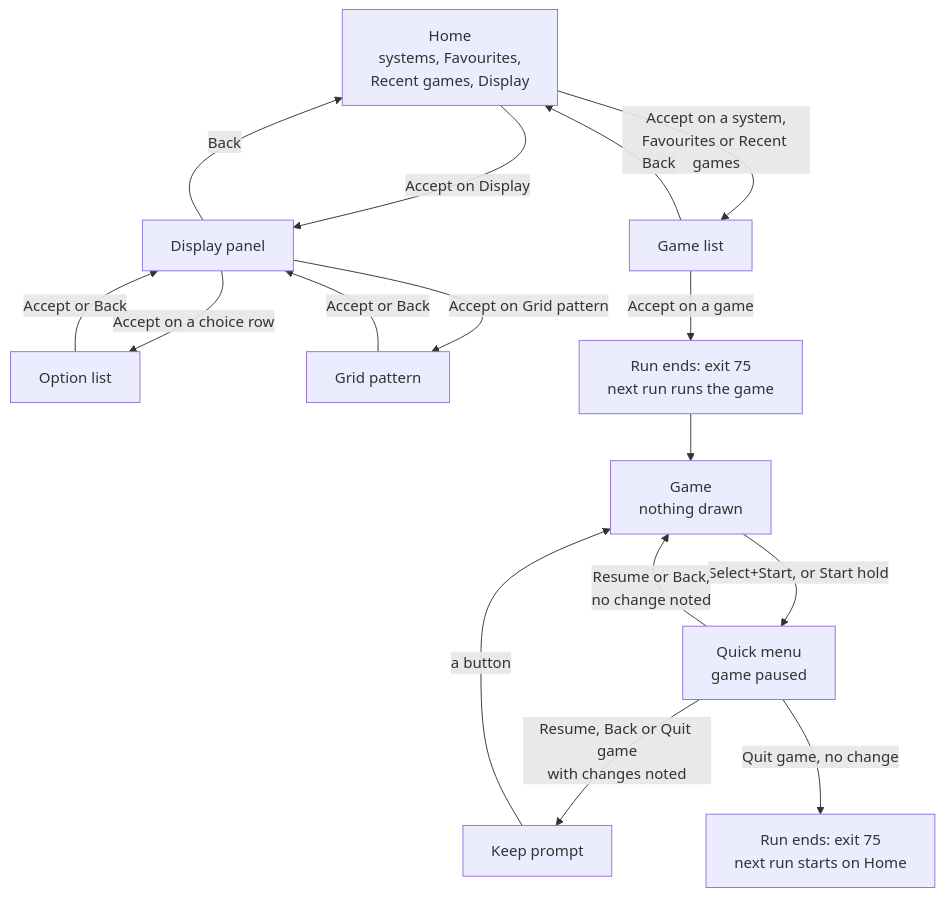
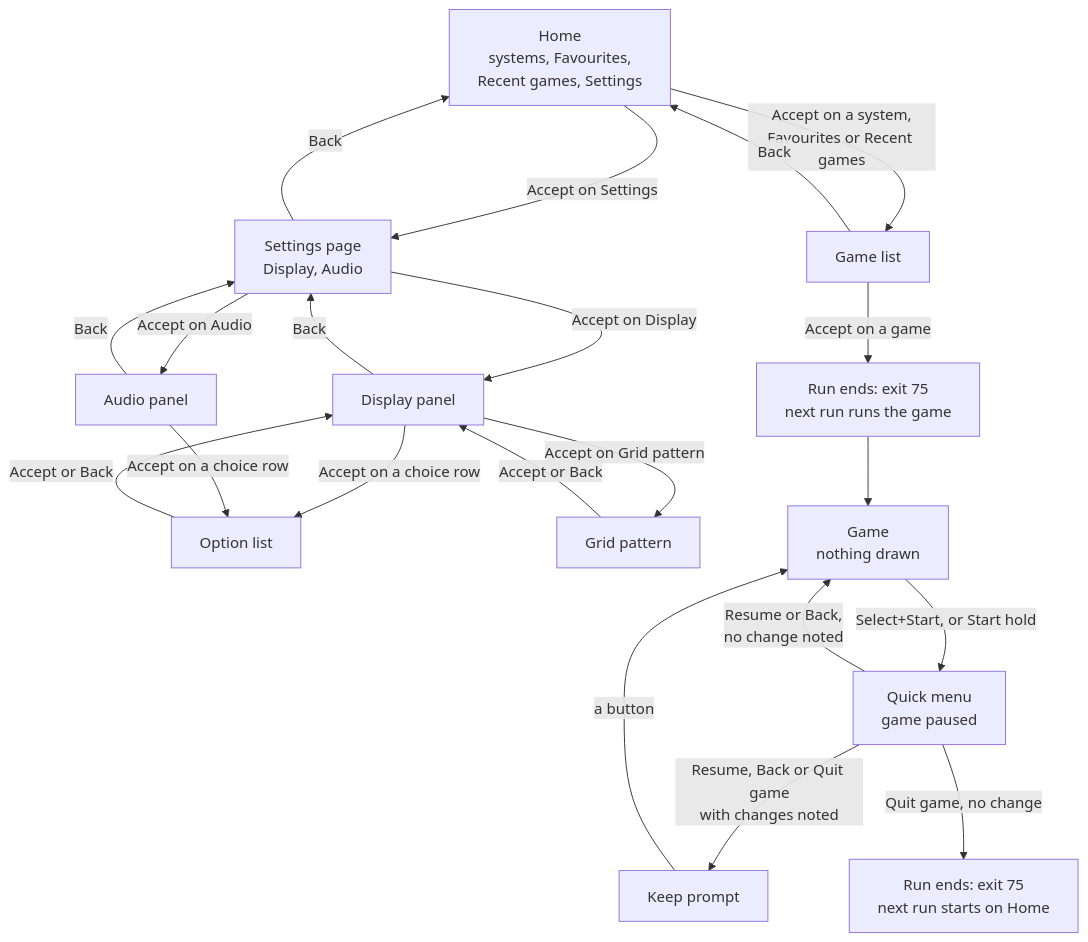
Before and after one commit to paologaleotti/neptron: the first of 5 diagrams in docs/flows/07-screens.md, drawn with Mermaid. The commit also changed other lines of this file and 2 other files, not shown here.

First line of the commit message:
docs: describe the Settings page, the row rule and the breadcrumb

````diff
--- a/docs/flows/07-screens.md
+++ b/docs/flows/07-screens.md
@@ -13,29 +13,36 @@
 ```mermaid
 flowchart TD
-    Home["Home<br/>systems, Favourites,<br/>Recent games, Display"]
+    Home["Home<br/>systems, Favourites,<br/>Recent games, Settings"]
     List["Game list"]
+    Set["Settings page<br/>Display, Audio"]
     Disp["Display panel"]
+    Aud["Audio panel"]
     Opt["Option list"]
     Grid["Grid pattern"]
     Relaunch["Run ends: exit 75<br/>next run runs the game"]
     Game["Game<br/>nothing drawn"]
     QM["Quick menu<br/>game paused"]
     Keep["Keep prompt"]
     Quit["Run ends: exit 75<br/>next run starts on Home"]
 
     Home -->|"Accept on a system,<br/>Favourites or Recent games"| List
-    Home -->|"Accept on Display"| Disp
+    Home -->|"Accept on Settings"| Set
+    Set -->|"Accept on Display"| Disp
+    Set -->|"Accept on Audio"| Aud
+    Set -->|"Back"| Home
     List -->|"Back"| Home
     List -->|"Accept on a game"| Relaunch
     Relaunch --> Game
     Disp -->|"Accept on a choice row"| Opt
+    Aud -->|"Accept on a choice row"| Opt
     Disp -->|"Accept on Grid pattern"| Grid
     Opt -->|"Accept or Back"| Disp
     Grid -->|"Accept or Back"| Disp
-    Disp -->|"Back"| Home
+    Disp -->|"Back"| Set
+    Aud -->|"Back"| Set
     Game -->|"Select+Start, or Start hold"| QM
     QM -->|"Resume or Back,<br/>no change noted"| Game
     QM -->|"Resume, Back or Quit game<br/>with changes noted"| Keep
     Keep -->|"a button"| Game
     QM -->|"Quit game, no change"| Quit
 ```
````
